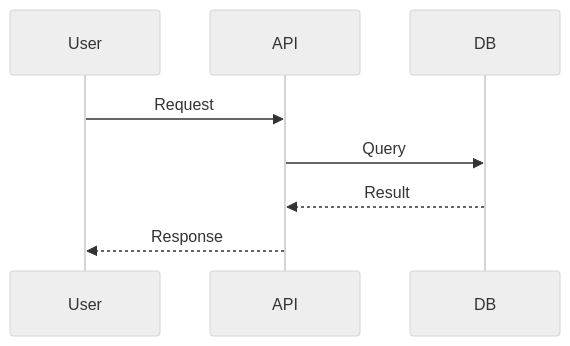
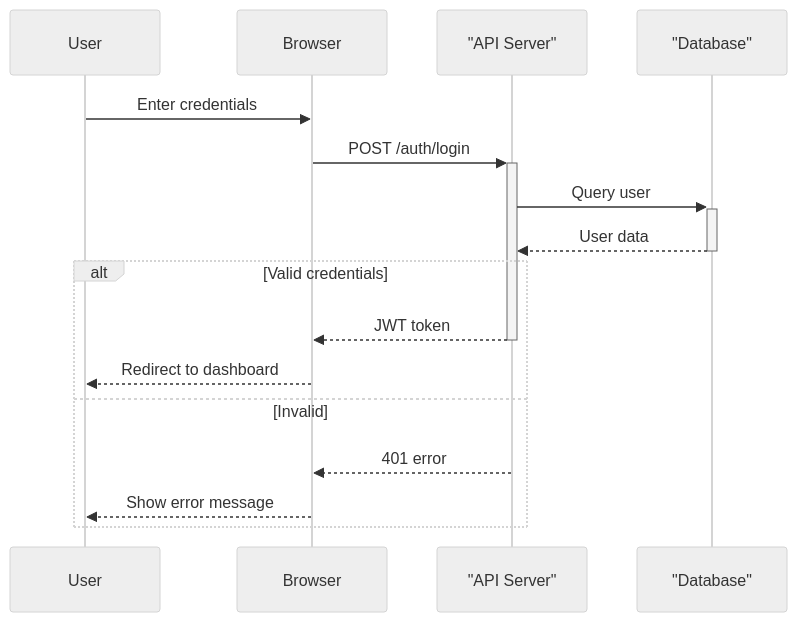
The fourth of 22 diagrams in docs/03-features/mermaid.md (satoshiman/mdsvr), drawn with Mermaid (neutral theme) before and after one commit. The commit also changed other lines of this file and 1 other file, not shown here.

First line of the commit message:
Docs/update mermaid demo (#18)

````diff
--- a/docs/03-features/mermaid.md
+++ b/docs/03-features/mermaid.md
@@ -18,11 +81,19 @@
 ```mermaid
 sequenceDiagram
     participant User
-    participant API
-    participant DB
+    participant Browser
+    participant API as "API Server"
+    participant DB as "Database"
 
-    User ->> API: Request
-    API ->> DB: Query
-    DB -->> API: Result
-    API -->> User: Response
+    User->>Browser: Enter credentials
+    Browser->>+API: POST /auth/login
+    API->>+DB: Query user
+    DB-->>-API: User data
+    alt Valid credentials
+        API-->>-Browser: JWT token
+        Browser-->>User: Redirect to dashboard
+    else Invalid
+        API-->>Browser: 401 error
+        Browser-->>User: Show error message
+    end
 ```
````
